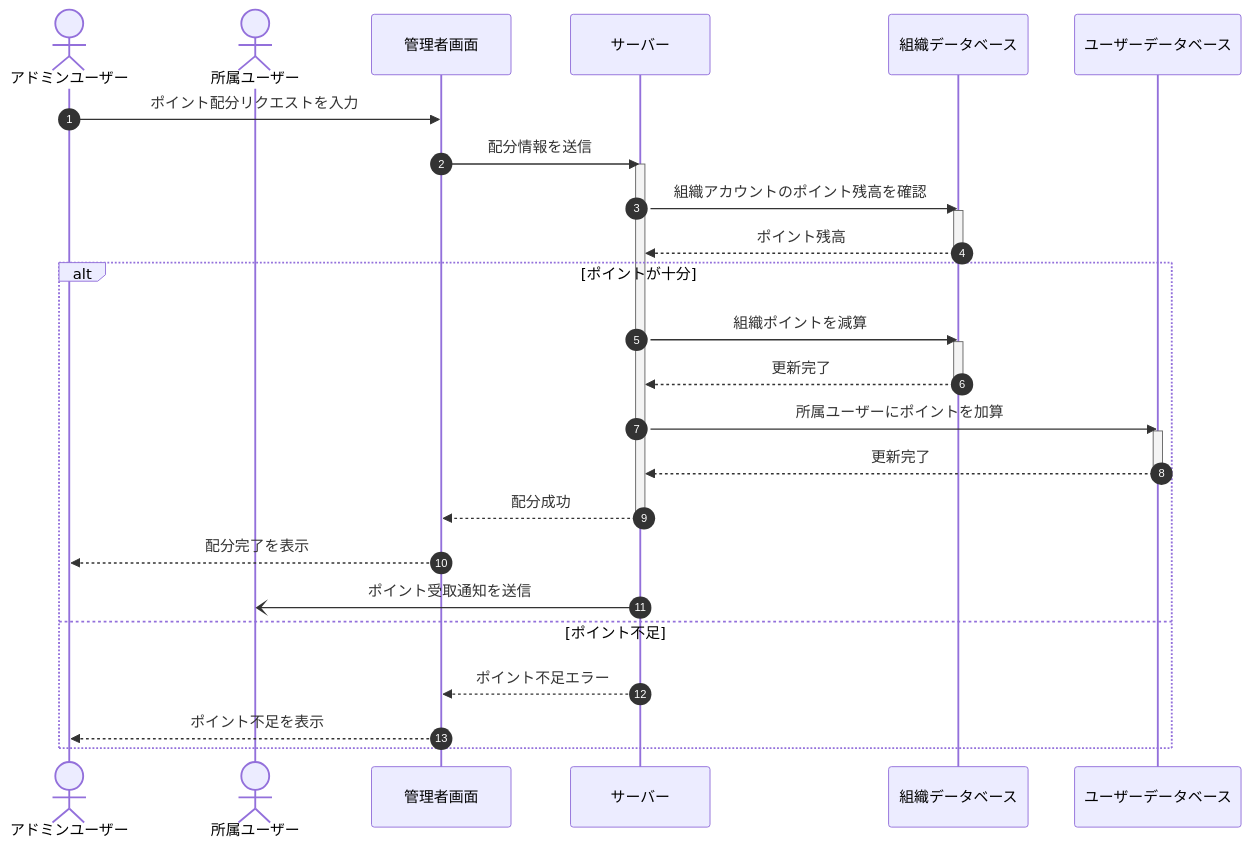
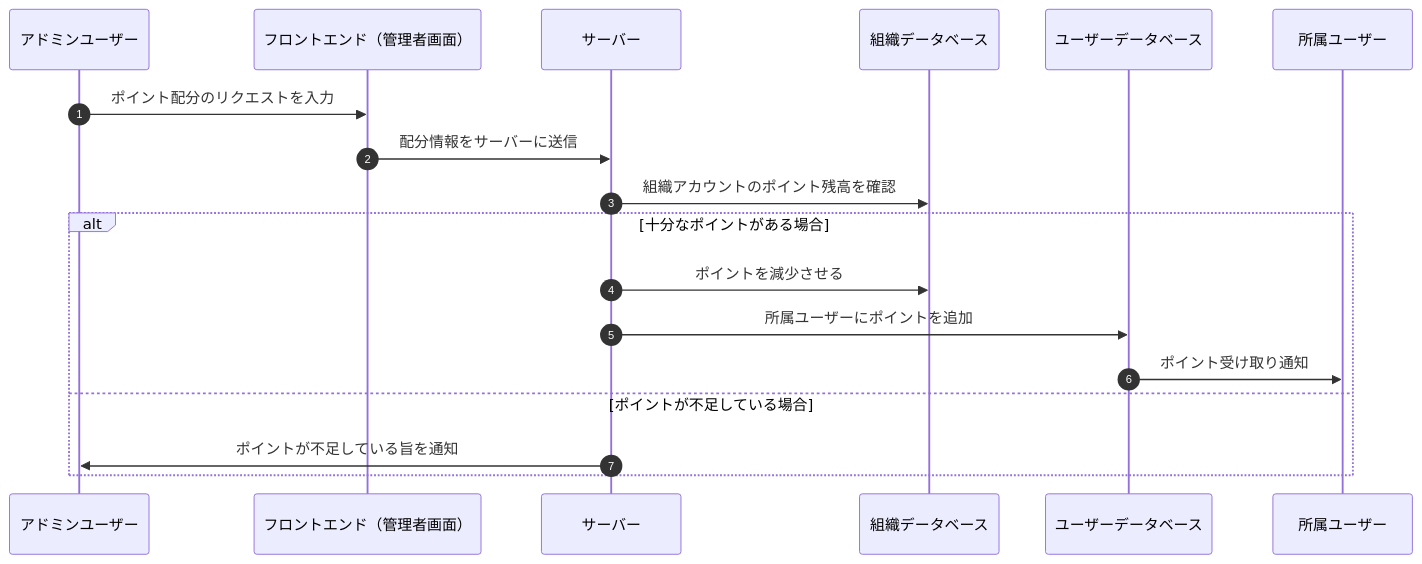
Before and after one commit to sc-hosokawa/frienda: the seventh of 13 diagrams in docs/sequence-diagrams.md, drawn with Mermaid. The commit also changed other lines of this file, not shown here.

First line of the commit message:
docs: Notion図に合わせてシーケンス図を修正し景品交換フローを追加

````diff
--- a/docs/sequence-diagrams.md
+++ b/docs/sequence-diagrams.md
@@ -318,40 +338,22 @@
 ```mermaid
 sequenceDiagram
     autonumber
 
-    actor Admin as アドミンユーザー
-    actor Member as 所属ユーザー
-    participant Frontend as 管理者画面
+    participant Admin as アドミンユーザー
+    participant Frontend as フロントエンド（管理者画面）
     participant Server as サーバー
     participant OrgDB as 組織データベース
     participant UserDB as ユーザーデータベース
+    participant User as 所属ユーザー
 
-    Admin->>Frontend: ポイント配分リクエストを入力
-    Frontend->>Server: 配分情報を送信
-    activate Server
-
-    Server->>OrgDB: 組織アカウントのポイント残高を確認
-    activate OrgDB
-    OrgDB-->>Server: ポイント残高
-    deactivate OrgDB
-
-    alt ポイントが十分
-        Server->>OrgDB: 組織ポイントを減算
-        activate OrgDB
-        OrgDB-->>Server: 更新完了
-        deactivate OrgDB
-
-        Server->>UserDB: 所属ユーザーにポイントを加算
-        activate UserDB
-        UserDB-->>Server: 更新完了
-        deactivate UserDB
-
-        Server-->>Frontend: 配分成功
-        deactivate Server
-        Frontend-->>Admin: 配分完了を表示
-        Server-)Member: ポイント受取通知を送信
-    else ポイント不足
-        Server-->>Frontend: ポイント不足エラー
-        Frontend-->>Admin: ポイント不足を表示
+    Admin ->> Frontend: ポイント配分のリクエストを入力
+    Frontend ->> Server: 配分情報をサーバーに送信
+    Server ->> OrgDB: 組織アカウントのポイント残高を確認
+    alt 十分なポイントがある場合
+        Server ->> OrgDB: ポイントを減少させる
+        Server ->> UserDB: 所属ユーザーにポイントを追加
+        UserDB ->> User: ポイント受け取り通知
+    else ポイントが不足している場合
+        Server ->> Admin: ポイントが不足している旨を通知
     end
 ```
````
